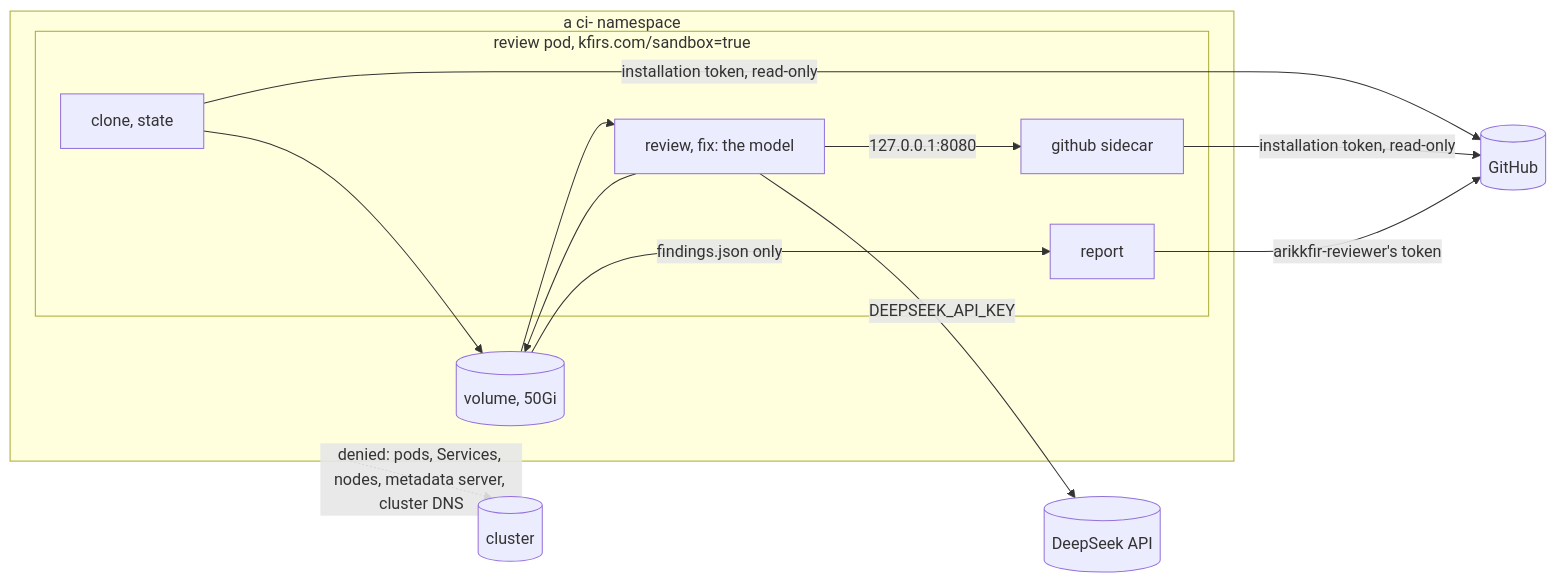
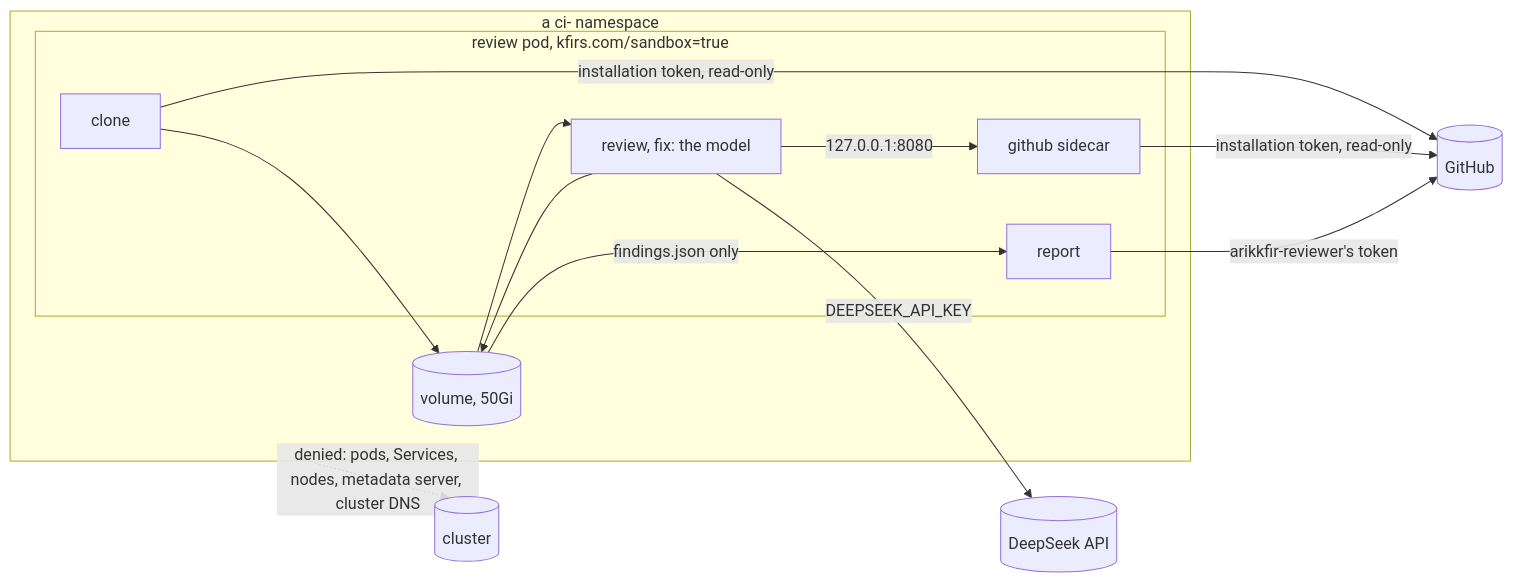
The third of 3 diagrams in docs/tooling/designs/pr-reviewer.md (arikkfir-org/tooling), drawn with Mermaid before and after one commit. The commit also changed other lines of this file and 1 other file, not shown here.

First line of the commit message:
docs(reviewer): fold state's move into clone into the reviewer's design

````diff
--- a/docs/tooling/designs/pr-reviewer.md
+++ b/docs/tooling/designs/pr-reviewer.md
@@ -176,22 +174,22 @@
 ```mermaid
 flowchart LR
   subgraph NS["a ci- namespace"]
     subgraph RP["review pod, kfirs.com/sandbox=true"]
-      S["clone, state"]
+      S["clone"]
       R["review, fix: the model"]
       G["github sidecar"]
       P["report"]
     end
     V[("volume, 50Gi")]
     S --> V
     V --> R
     R --> V
     V -->|"findings.json only"| P
     R -->|"127.0.0.1:8080"| G
   end
   S -->|"installation token, read-only"| GH[("GitHub")]
   G -->|"installation token, read-only"| GH
   R -->|"DEEPSEEK_API_KEY"| DS[("DeepSeek API")]
   P -->|"arikkfir-reviewer's token"| GH
   NS -.->|"denied: pods, Services, nodes, metadata server, cluster DNS"| K[("cluster")]
 ```
````
